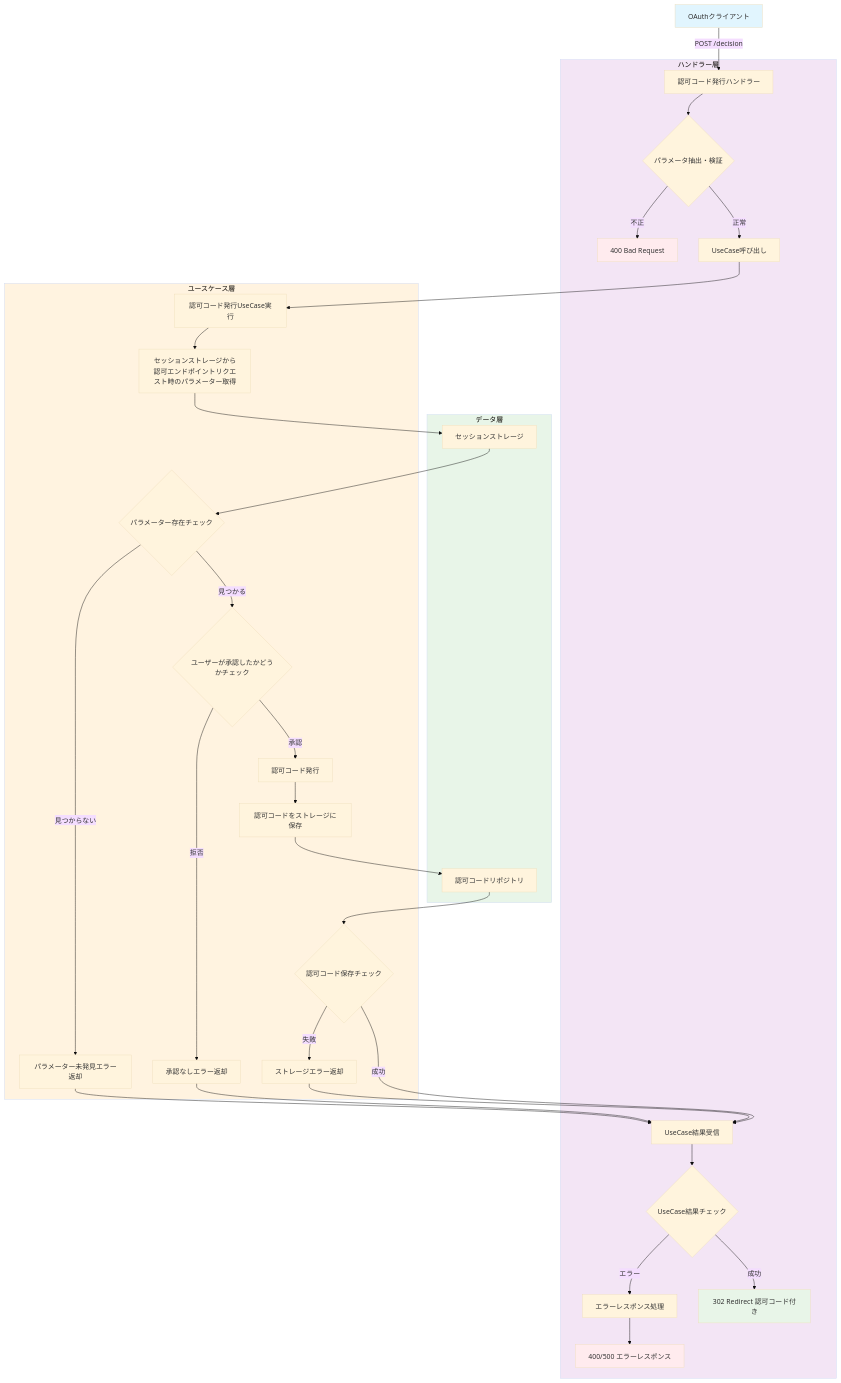
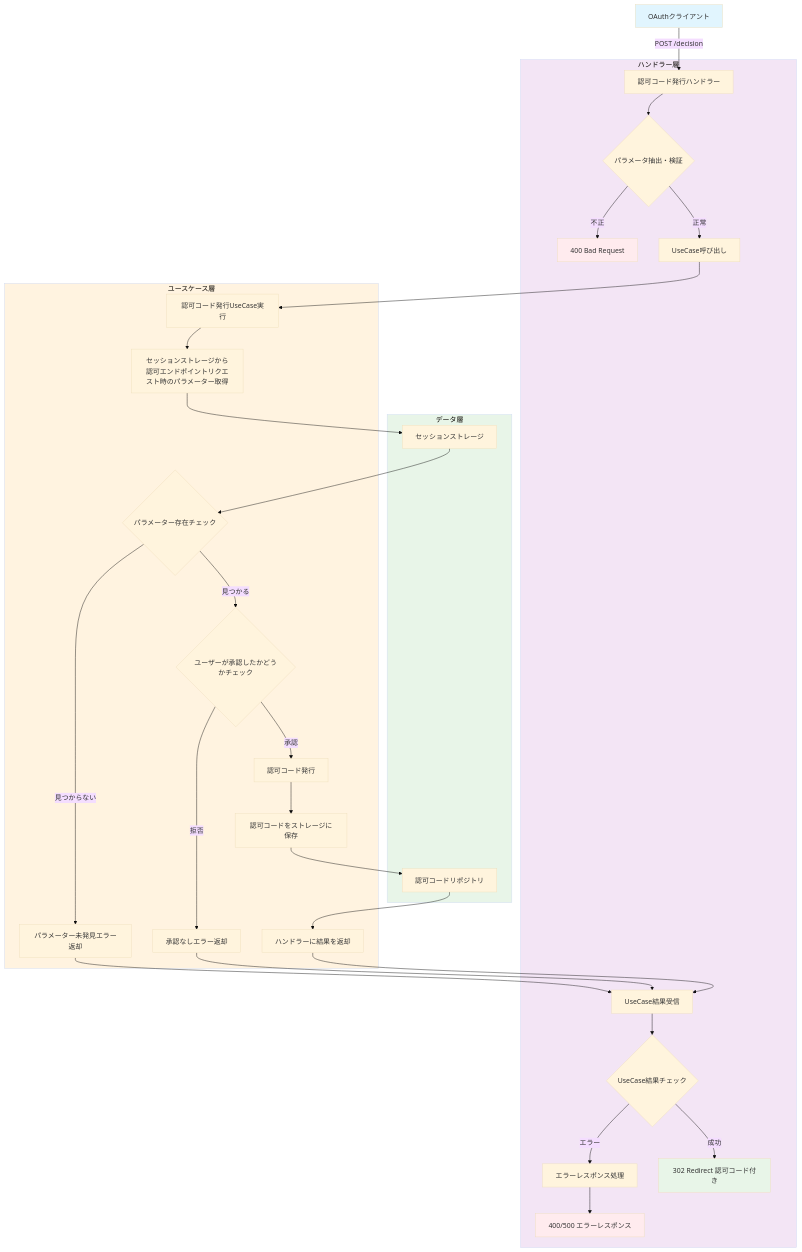
The diagram in docs/publish_authorizationcode/flow.md (tetsuya-azami/oauth-tutorial), drawn with Mermaid (base theme) before and after one commit.

Commit message:
認可コード発行フローからストレージエラー処理を削除し、結果をハンドラーに返却するように修正

````diff
--- a/docs/publish_authorizationcode/flow.md
+++ b/docs/publish_authorizationcode/flow.md
@@ -1,75 +1,71 @@
 ```mermaid
 flowchart TD
     OAUTH_CLIENT[OAuthクライアント] -->|POST /decision| AUTH_HANDLER[認可コード発行ハンドラー]
 
     AUTH_HANDLER --> EXTRACT_VALIDATE_PARAMS{パラメータ抽出・検証}
     EXTRACT_VALIDATE_PARAMS -->|不正| BAD_REQUEST_RESPONSE[400 Bad Request]
     EXTRACT_VALIDATE_PARAMS -->|正常| CALL_USECASE[UseCase呼び出し]
 
 
 
     CALL_USECASE --> USECASE_EXECUTE[認可コード発行UseCase実行]
     USECASE_EXECUTE --> GET_PARAMETER_FROM_SESSION[セッションストレージから認可エンドポイントリクエスト時のパラメーター取得]
     GET_PARAMETER_FROM_SESSION --> SESSION_STORAGE[セッションストレージ]
     SESSION_STORAGE --> PARAMETER_EXISTS_CHECK{パラメーター存在チェック}
 
     PARAMETER_EXISTS_CHECK -->|見つからない| RETURN_PARAMETER_NOT_FOUND[パラメーター未発見エラー返却]
     RETURN_PARAMETER_NOT_FOUND --> RECEIVE_USECASE_RESULT[UseCase結果受信]
     PARAMETER_EXISTS_CHECK -->|見つかる| CHECK_IS_APPROVED{ユーザーが承認したかどうかチェック}
     CHECK_IS_APPROVED -->|拒否| ERR_NOT_APPROVED[承認なしエラー返却]
     ERR_NOT_APPROVED --> RECEIVE_USECASE_RESULT
     CHECK_IS_APPROVED -->|承認| PUBLISH_AUTHORIZATION_CODE[認可コード発行]
     PUBLISH_AUTHORIZATION_CODE --> SAVE_AUTH_CODE_TO_STORAGE[認可コードをストレージに保存]
     SAVE_AUTH_CODE_TO_STORAGE --> AUTH_CODE_REPOSITORY[認可コードリポジトリ]
-    AUTH_CODE_REPOSITORY --> AUTH_CODE_SAVED_CHECK{認可コード保存チェック}
-
-    AUTH_CODE_SAVED_CHECK -->|失敗| RETURN_STORAGE_ERROR[ストレージエラー返却]
-    RETURN_STORAGE_ERROR --> RECEIVE_USECASE_RESULT
-    AUTH_CODE_SAVED_CHECK -->|成功| RECEIVE_USECASE_RESULT
+    AUTH_CODE_REPOSITORY --> SEND_RESULT_TO_HANDLER[ハンドラーに結果を返却]
+    SEND_RESULT_TO_HANDLER --> RECEIVE_USECASE_RESULT
 
     RECEIVE_USECASE_RESULT --> CHECK_USECASE_RESULT{UseCase結果チェック}
     CHECK_USECASE_RESULT -->|エラー| HANDLE_ERROR_RESPONSE[エラーレスポンス処理]
     HANDLE_ERROR_RESPONSE --> ERROR_RESPONSE[400/500 エラーレスポンス]
 
     CHECK_USECASE_RESULT -->|成功| REDIRECT_WITH_AUTH_CODE[302 Redirect 認可コード付き]
 
 	HANDLER_AREA~~~USECASE_AREA~~~DB_AREA
 
     subgraph HANDLER_AREA["ハンドラー層"]
         AUTH_HANDLER
         EXTRACT_VALIDATE_PARAMS
         BAD_REQUEST_RESPONSE
         CALL_USECASE
         RECEIVE_USECASE_RESULT
         CHECK_USECASE_RESULT
         HANDLE_ERROR_RESPONSE
         ERROR_RESPONSE
         REDIRECT_WITH_AUTH_CODE
     end
 
     subgraph USECASE_AREA["ユースケース層"]
         USECASE_EXECUTE
         CHECK_IS_APPROVED
         ERR_NOT_APPROVED
         GET_PARAMETER_FROM_SESSION
         PARAMETER_EXISTS_CHECK
         RETURN_PARAMETER_NOT_FOUND
         PUBLISH_AUTHORIZATION_CODE
         SAVE_AUTH_CODE_TO_STORAGE
-        AUTH_CODE_SAVED_CHECK
-        RETURN_STORAGE_ERROR
+        SEND_RESULT_TO_HANDLER
     end
 
     subgraph DB_AREA["データ層"]
         SESSION_STORAGE
         AUTH_CODE_REPOSITORY
     end
 
     style OAUTH_CLIENT fill:#e1f5fe
     style HANDLER_AREA fill:#f3e5f5
     style USECASE_AREA fill:#fff3e0
     style DB_AREA fill:#e8f5e8
     style BAD_REQUEST_RESPONSE fill:#ffebee
     style ERROR_RESPONSE fill:#ffebee
     style REDIRECT_WITH_AUTH_CODE fill:#e8f5e8
 ```
````
